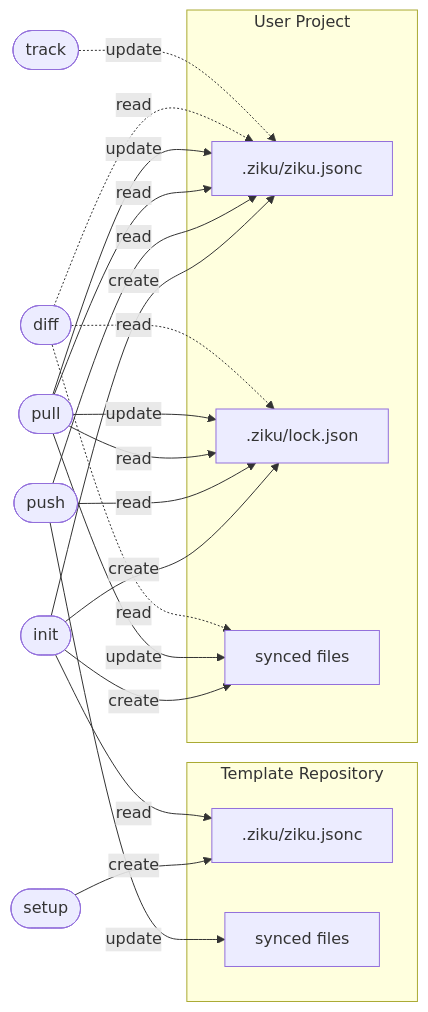
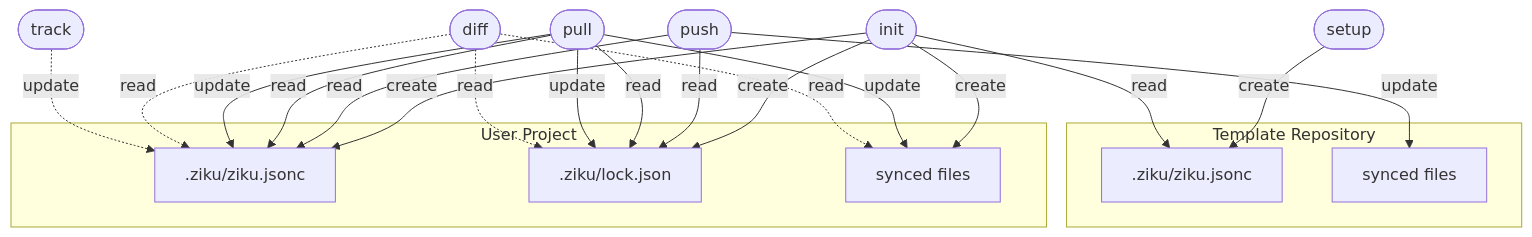
The diagram in README.md (tktcorporation/ziku), drawn with Mermaid before and after one commit. The commit also changed 5 other files, not shown here.

````diff
--- a/README.md
+++ b/README.md
@@ -119,25 +119,25 @@
 ```mermaid
-graph LR
+graph TB
 
   subgraph Template["Template Repository"]
     ZIKU_TPL[".ziku/ziku.jsonc"]
     T_FILES["synced files"]
   end
 
   subgraph User["User Project"]
     ZIKU[".ziku/ziku.jsonc"]
     LOCK[".ziku/lock.json"]
     U_FILES["synced files"]
   end
 
   setup([setup]) -->|create| ZIKU_TPL
   init([init]) -->|read| ZIKU_TPL
   init -->|create| ZIKU & LOCK & U_FILES
   push([push]) -->|read| ZIKU & LOCK
   push -->|update| T_FILES
   pull([pull]) -->|read| ZIKU & LOCK
   pull -->|update| U_FILES & ZIKU & LOCK
   diff([diff]) -.->|read| ZIKU & LOCK & U_FILES
   track([track]) -.->|update| ZIKU
 
 ```
````
